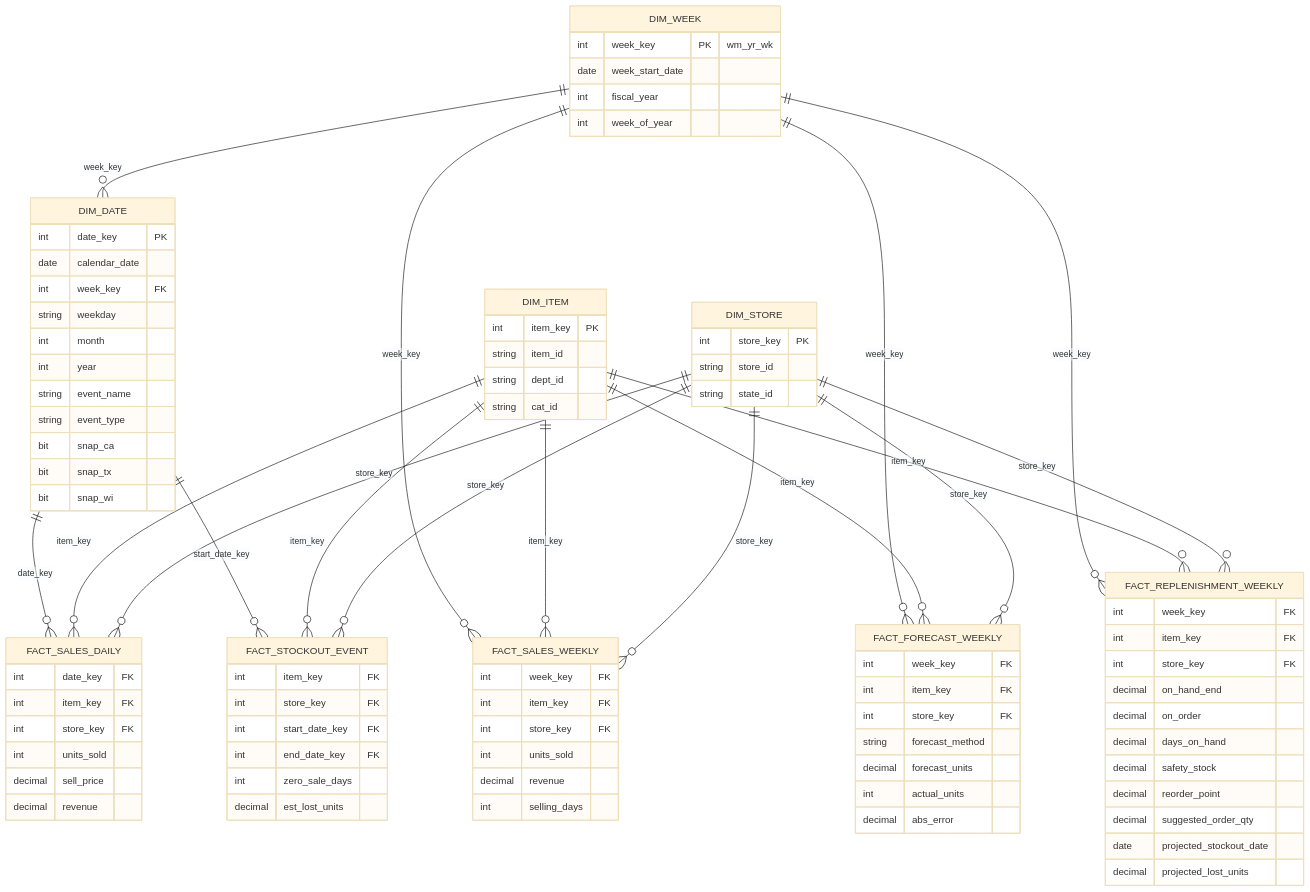
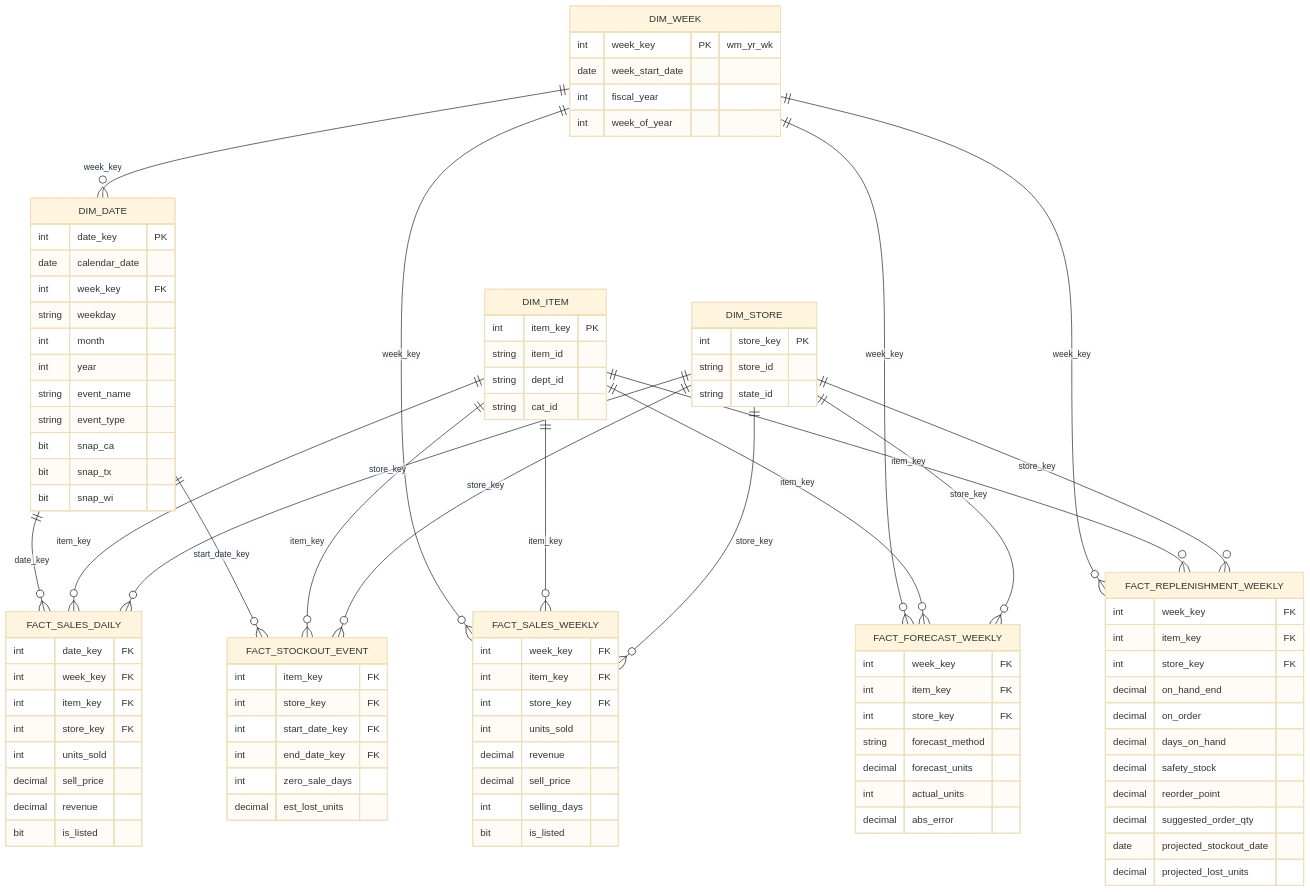
Before and after one commit to ghudes/m5-retail-replenishment: the diagram in README.md, drawn with Mermaid (base theme). The commit also changed other lines of this file, not shown here.

Commit message:
README: document is_listed and fact columns

```diff
--- a/README.md
+++ b/README.md
@@ -126,11 +126,13 @@
     }
     FACT_SALES_DAILY {
         int date_key FK
+        int week_key FK
         int item_key FK
         int store_key FK
         int units_sold
         decimal sell_price
         decimal revenue
+        bit is_listed
     }
     FACT_SALES_WEEKLY {
         int week_key FK
@@ -138,7 +140,9 @@
         int store_key FK
         int units_sold
         decimal revenue
+        decimal sell_price
         int selling_days
+        bit is_listed
     }
     FACT_FORECAST_WEEKLY {
         int week_key FK
```
